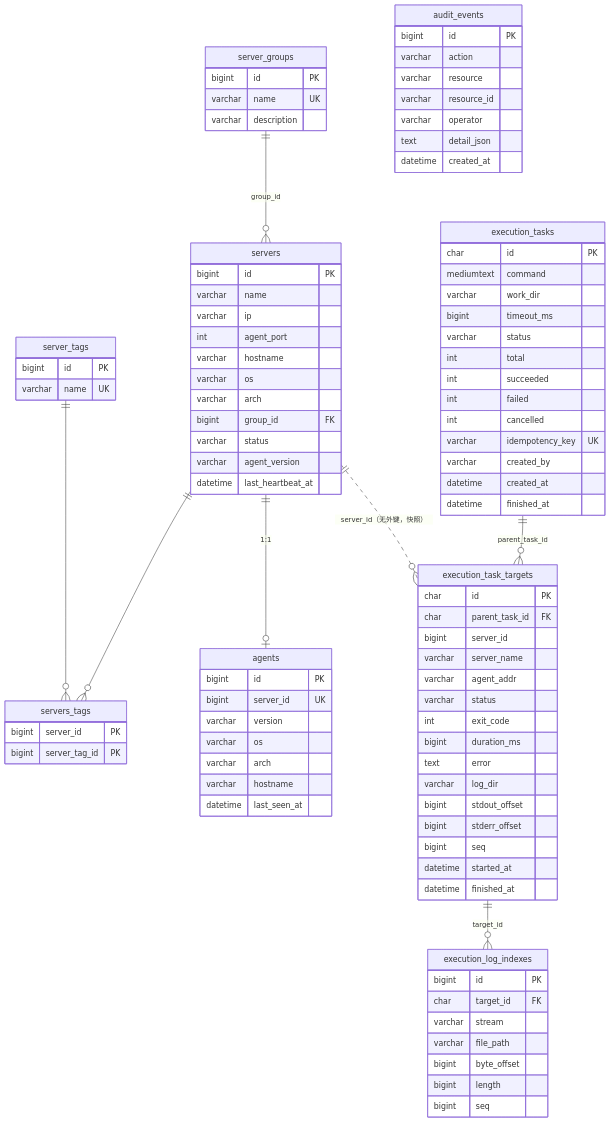
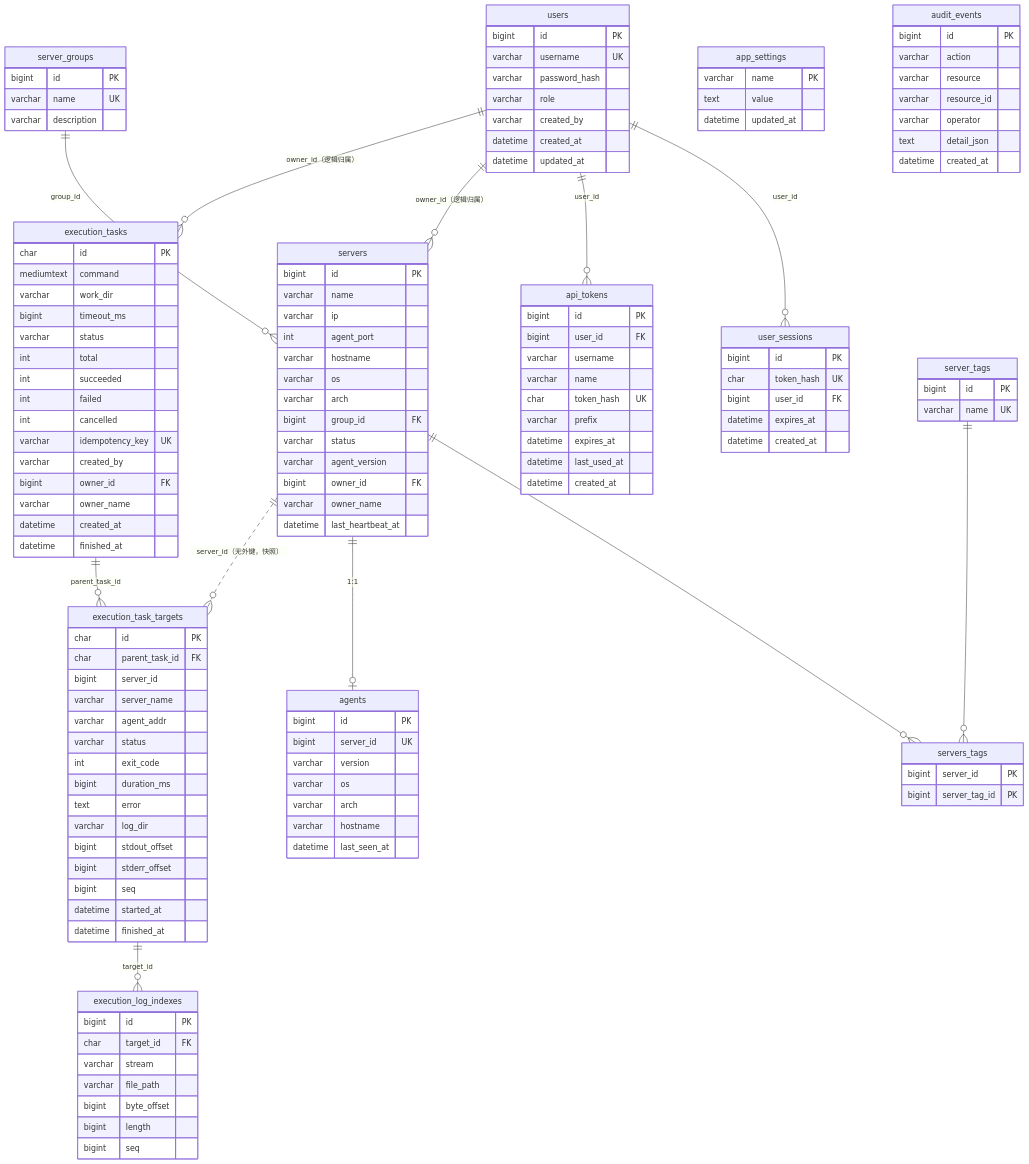
Before and after one commit to FadeCalm/linux-ops-platform: the second of 4 diagrams in docs/architecture.md, drawn with Mermaid. The commit also changed other lines of this file and 60 other files, not shown here.

````diff
--- a/docs/architecture.md
+++ b/docs/architecture.md
@@ -158,5 +176,9 @@
 ```mermaid
 erDiagram
+    users ||--o{ user_sessions : "user_id"
+    users ||--o{ api_tokens : "user_id"
+    users ||--o{ servers : "owner_id（逻辑归属）"
+    users ||--o{ execution_tasks : "owner_id（逻辑归属）"
     server_groups ||--o{ servers : "group_id"
     servers ||--o{ servers_tags : ""
     server_tags ||--o{ servers_tags : ""
@@ -165,6 +187,38 @@
     execution_task_targets ||--o{ execution_log_indexes : "target_id"
     servers ||..o{ execution_task_targets : "server_id（无外键，快照）"
 
+    users {
+        bigint id PK
+        varchar username UK
+        varchar password_hash
+        varchar role
+        varchar created_by
+        datetime created_at
+        datetime updated_at
+    }
+    user_sessions {
+        bigint id PK
+        char token_hash UK
+        bigint user_id FK
+        datetime expires_at
+        datetime created_at
+    }
+    api_tokens {
+        bigint id PK
+        bigint user_id FK
+        varchar username
+        varchar name
+        char token_hash UK
+        varchar prefix
+        datetime expires_at
+        datetime last_used_at
+        datetime created_at
+    }
+    app_settings {
+        varchar name PK
+        text value
+        datetime updated_at
+    }
     server_groups {
         bigint id PK
         varchar name UK
@@ -189,6 +243,8 @@
         bigint group_id FK
         varchar status
         varchar agent_version
+        bigint owner_id FK
+        varchar owner_name
         datetime last_heartbeat_at
     }
     agents {
@@ -212,6 +268,8 @@
         int cancelled
         varchar idempotency_key UK
         varchar created_by
+        bigint owner_id FK
+        varchar owner_name
         datetime created_at
         datetime finished_at
     }
````
